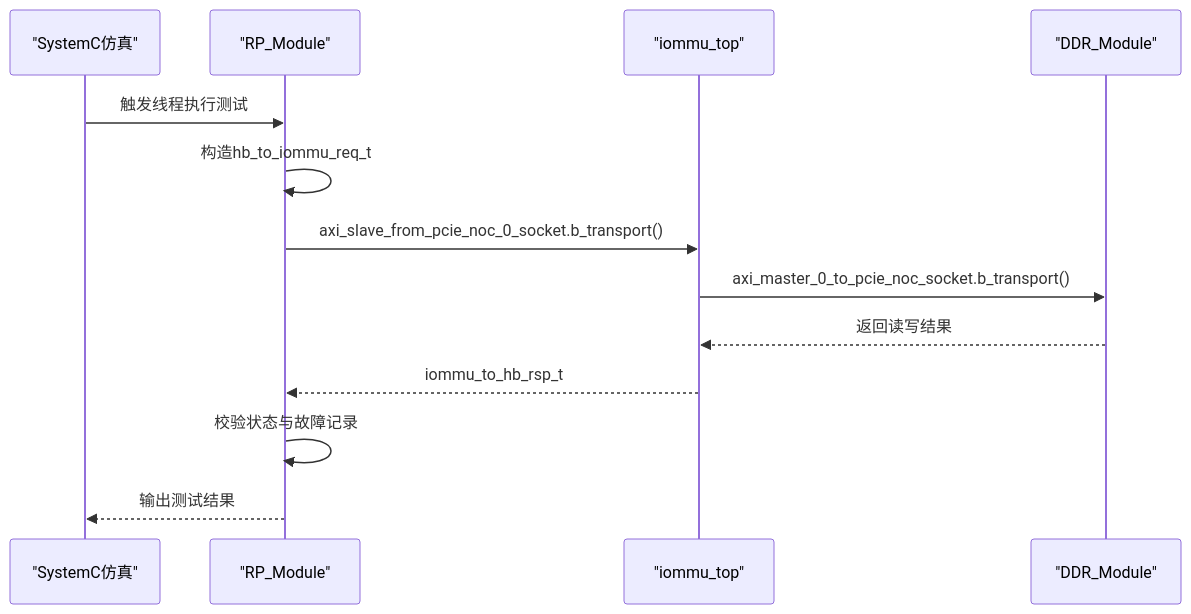
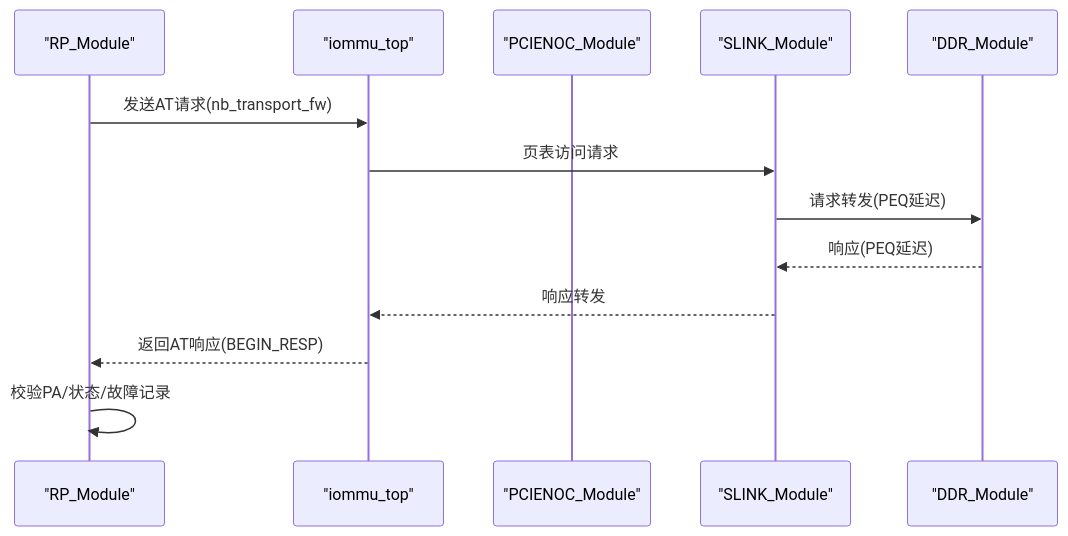
The third of 6 diagrams in .qoder/repowiki/zh/content/测试框架/测试框架.md (jiangjiang1122/iommu_model_20260401_v1), drawn with Mermaid before and after one commit. The commit also changed other lines of this file and 92 other files, not shown here.

````diff
--- a/.qoder/repowiki/zh/content/测试框架/测试框架.md
+++ b/.qoder/repowiki/zh/content/测试框架/测试框架.md
@@ -126,15 +152,15 @@
 ```mermaid
 sequenceDiagram
-participant Sim as "SystemC仿真"
 participant RP as "RP_Module"
 participant IOMMU as "iommu_top"
+participant PCIE as "PCIENOC_Module"
+participant SLINK as "SLINK_Module"
 participant DDR as "DDR_Module"
-Sim->>RP : 触发线程执行测试
-RP->>RP : 构造hb_to_iommu_req_t
-RP->>IOMMU : axi_slave_from_pcie_noc_0_socket.b_transport()
-IOMMU->>DDR : axi_master_0_to_pcie_noc_socket.b_transport()
-DDR-->>IOMMU : 返回读写结果
-IOMMU-->>RP : iommu_to_hb_rsp_t
-RP->>RP : 校验状态与故障记录
-RP-->>Sim : 输出测试结果
+RP->>IOMMU : 发送AT请求(nb_transport_fw)
+IOMMU->>SLINK : 页表访问请求
+SLINK->>DDR : 请求转发(PEQ延迟)
+DDR-->>SLINK : 响应(PEQ延迟)
+SLINK-->>IOMMU : 响应转发
+IOMMU-->>RP : 返回AT响应(BEGIN_RESP)
+RP->>RP : 校验PA/状态/故障记录
 ```
````
